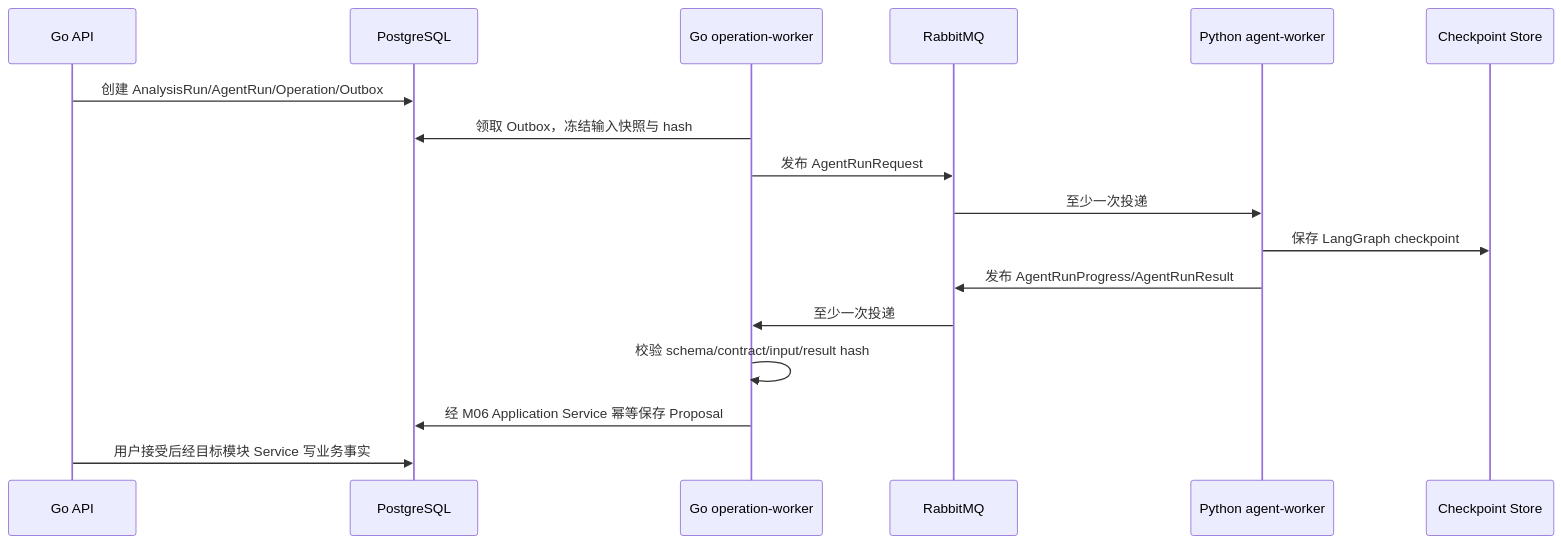
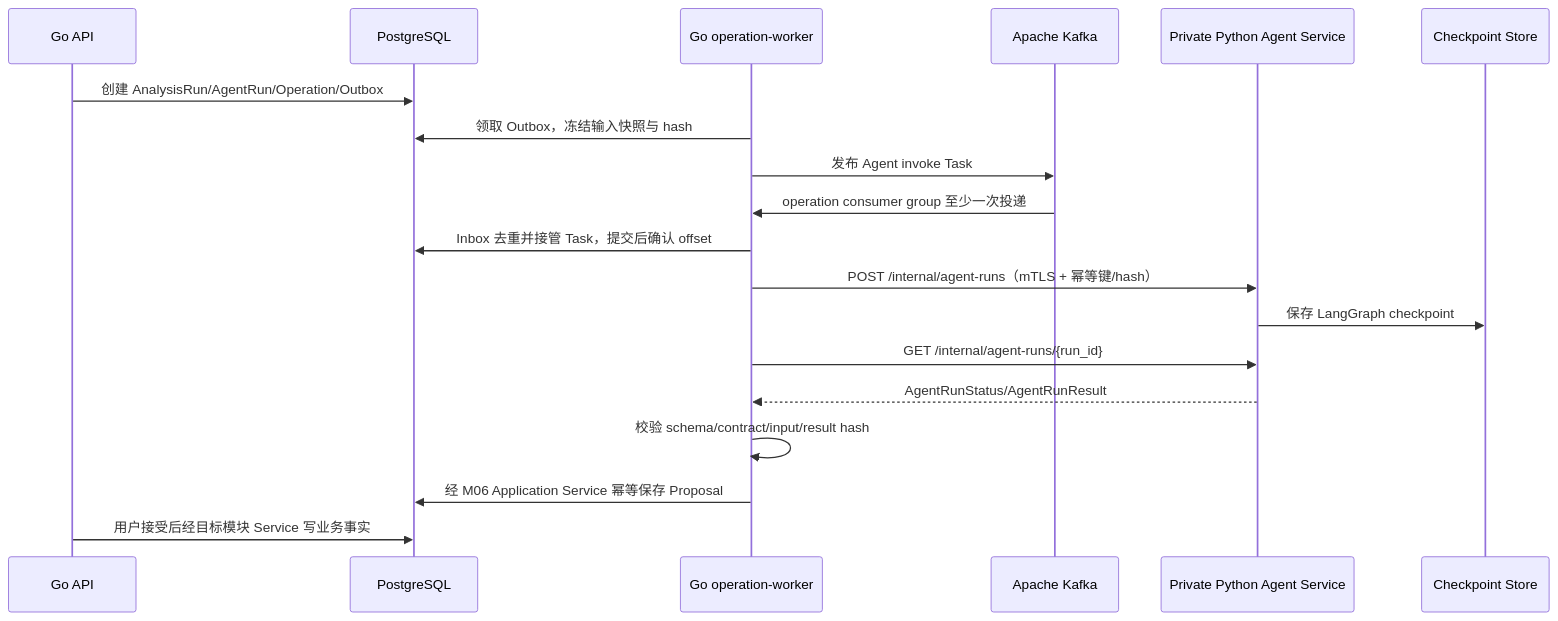
The second of 2 diagrams in docs/design/000-AI视频生产平台目标系统架构设计.md (StephenQiu30/lanverse), drawn with Mermaid before and after one commit. The commit also changed other lines of this file and 25 other files, not shown here.

First line of the commit message:
docs(architecture): 固定平台基础设施与接口调用基线

````diff
--- a/docs/design/000-AI视频生产平台目标系统架构设计.md
+++ b/docs/design/000-AI视频生产平台目标系统架构设计.md
@@ -249,20 +267,22 @@
 ```mermaid
 sequenceDiagram
     participant API as Go API
     participant DB as PostgreSQL
     participant OW as Go operation-worker
-    participant MQ as RabbitMQ
-    participant AG as Python agent-worker
+    participant MQ as Apache Kafka
+    participant AG as Private Python Agent Service
     participant CP as Checkpoint Store
 
     API->>DB: 创建 AnalysisRun/AgentRun/Operation/Outbox
     OW->>DB: 领取 Outbox，冻结输入快照与 hash
-    OW->>MQ: 发布 AgentRunRequest
-    MQ->>AG: 至少一次投递
+    OW->>MQ: 发布 Agent invoke Task
+    MQ->>OW: operation consumer group 至少一次投递
+    OW->>DB: Inbox 去重并接管 Task，提交后确认 offset
+    OW->>AG: POST /internal/agent-runs（mTLS + 幂等键/hash）
     AG->>CP: 保存 LangGraph checkpoint
-    AG->>MQ: 发布 AgentRunProgress/AgentRunResult
-    MQ->>OW: 至少一次投递
+    OW->>AG: GET /internal/agent-runs/{run_id}
+    AG-->>OW: AgentRunStatus/AgentRunResult
     OW->>OW: 校验 schema/contract/input/result hash
     OW->>DB: 经 M06 Application Service 幂等保存 Proposal
     API->>DB: 用户接受后经目标模块 Service 写业务事实
 ```
````
